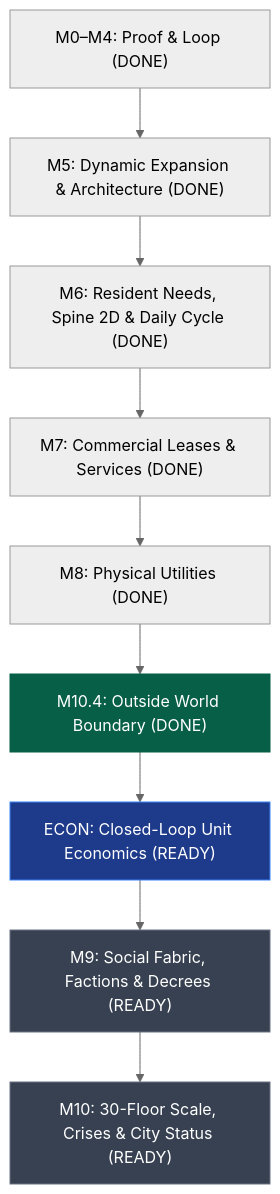
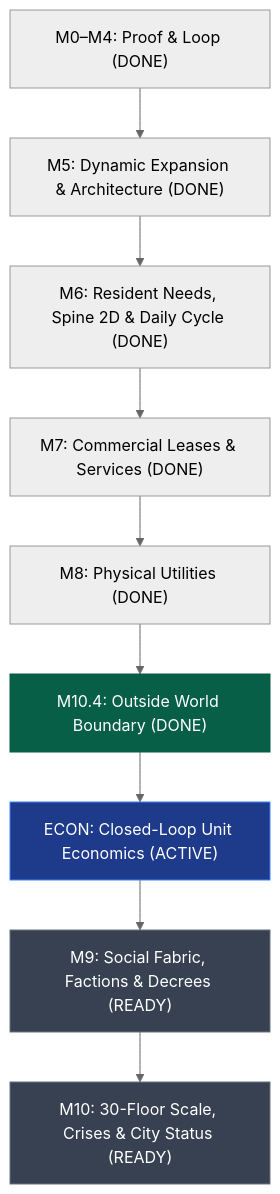
One commit to Gijsja/one-roof changed the diagram in Planning/ROADMAP.md. Above: the diagram before and after it, drawn with Mermaid (neutral theme). The commit also changed other lines of this file and 4 other files, not shown here.

Commit message:
docs: align roadmap with building manager beta vision

````diff
--- a/Planning/ROADMAP.md
+++ b/Planning/ROADMAP.md
@@ -21,15 +41,15 @@
 ```mermaid
 graph TD
     M0["M0–M4: Proof & Loop (DONE)"] --> M5["M5: Dynamic Expansion & Architecture (DONE)"]
     M5 --> M6["M6: Resident Needs, Spine 2D & Daily Cycle (DONE)"]
     M6 --> M7["M7: Commercial Leases & Services (DONE)"]
     M7 --> M8["M8: Physical Utilities (DONE)"]
     M8 --> M104["M10.4: Outside World Boundary (DONE)"]
-    M104 --> ECON["ECON: Closed-Loop Unit Economics (READY)"]
+    M104 --> ECON["ECON: Closed-Loop Unit Economics (ACTIVE)"]
     ECON --> M9["M9: Social Fabric, Factions & Decrees (READY)"]
     M9 --> M10["M10: 30-Floor Scale, Crises & City Status (READY)"]
     style M104 fill:#065f46,color:#fff,stroke:#065f46
     style ECON fill:#1e3a8a,color:#fff,stroke:#3b82f6
     style M9 fill:#374151,color:#fff,stroke:#6b7280
     style M10 fill:#374151,color:#fff,stroke:#6b7280
 ```
````
